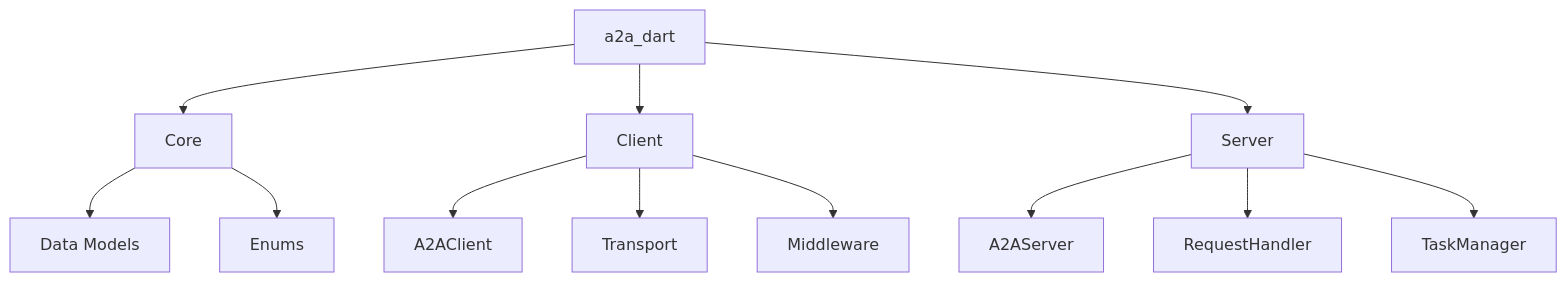
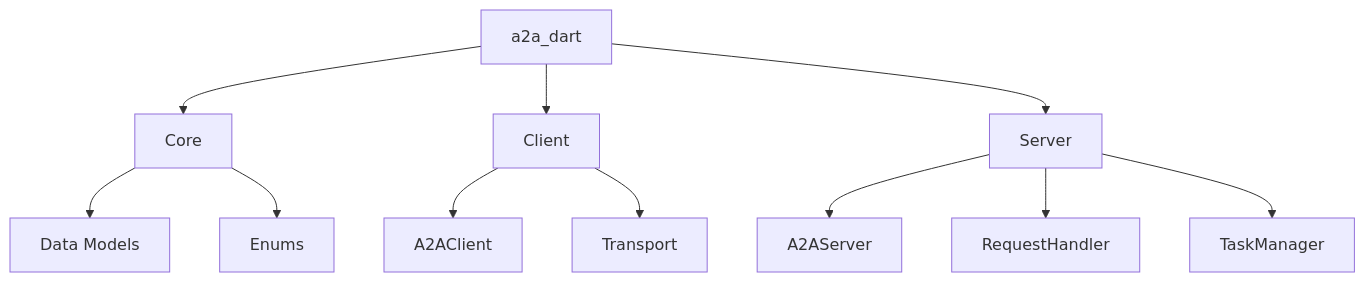
One commit to flutter/genui changed the diagram in packages/spikes/a2a_dart/DESIGN.md. Above: the diagram before and after it, drawn with Mermaid. The commit also changed other lines of this file and 20 other files, not shown here.

````diff
--- a/packages/spikes/a2a_dart/DESIGN.md
+++ b/packages/spikes/a2a_dart/DESIGN.md
@@ -87,17 +80,16 @@
 ```mermaid
 graph TD
     A[a2a_dart] --> B[Core]
     A --> C[Client]
     A --> D[Server]
 
     B --> B1[Data Models]
     B --> B2[Enums]
 
     C --> C1[A2AClient]
     C --> C2[Transport]
-    C --> C3[Middleware]
 
     D --> D1[A2AServer]
     D --> D2[RequestHandler]
     D --> D3[TaskManager]
 ```
````
